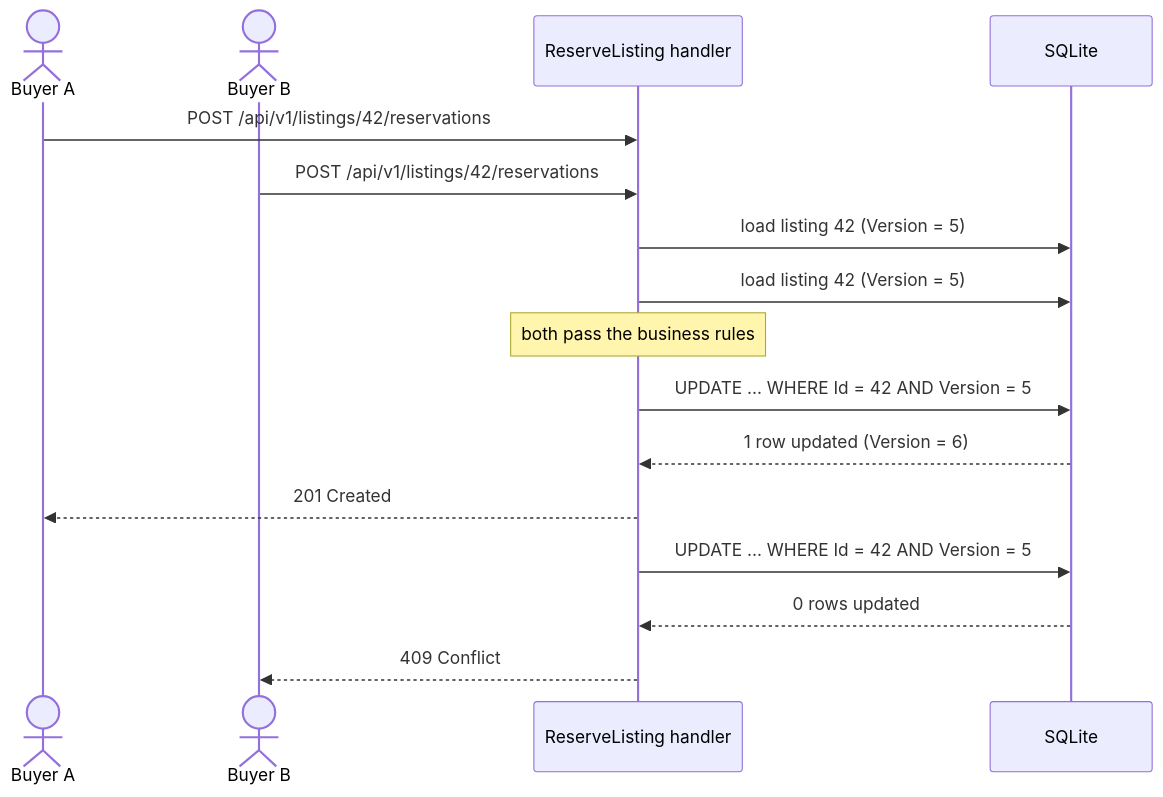
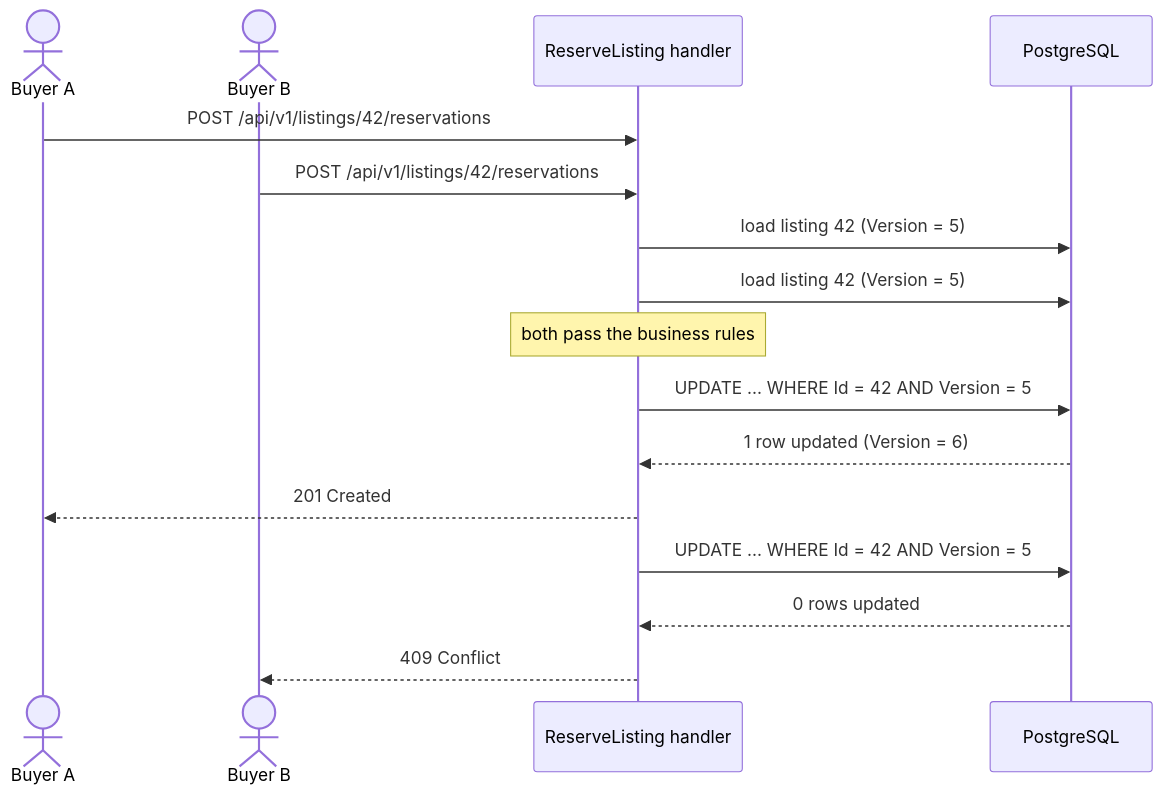
The fourth of 4 diagrams in README.md (sara-giulia/campus-app), drawn with Mermaid before and after one commit. The commit also changed other lines of this file and 1 other file, not shown here.

Commit message:
PostgreSQL: README and architecture

````diff
--- a/README.md
+++ b/README.md
@@ -719,19 +715,19 @@
 ```mermaid
 sequenceDiagram
     actor A as Buyer A
     actor B as Buyer B
     participant API as ReserveListing handler
-    participant DB as SQLite
+    participant DB as PostgreSQL
 
     A->>API: POST /api/v1/listings/42/reservations
     B->>API: POST /api/v1/listings/42/reservations
     API->>DB: load listing 42 (Version = 5)
     API->>DB: load listing 42 (Version = 5)
     Note over API: both pass the business rules
     API->>DB: UPDATE ... WHERE Id = 42 AND Version = 5
     DB-->>API: 1 row updated (Version = 6)
     API-->>A: 201 Created
     API->>DB: UPDATE ... WHERE Id = 42 AND Version = 5
     DB-->>API: 0 rows updated
     API-->>B: 409 Conflict
 ```
````
